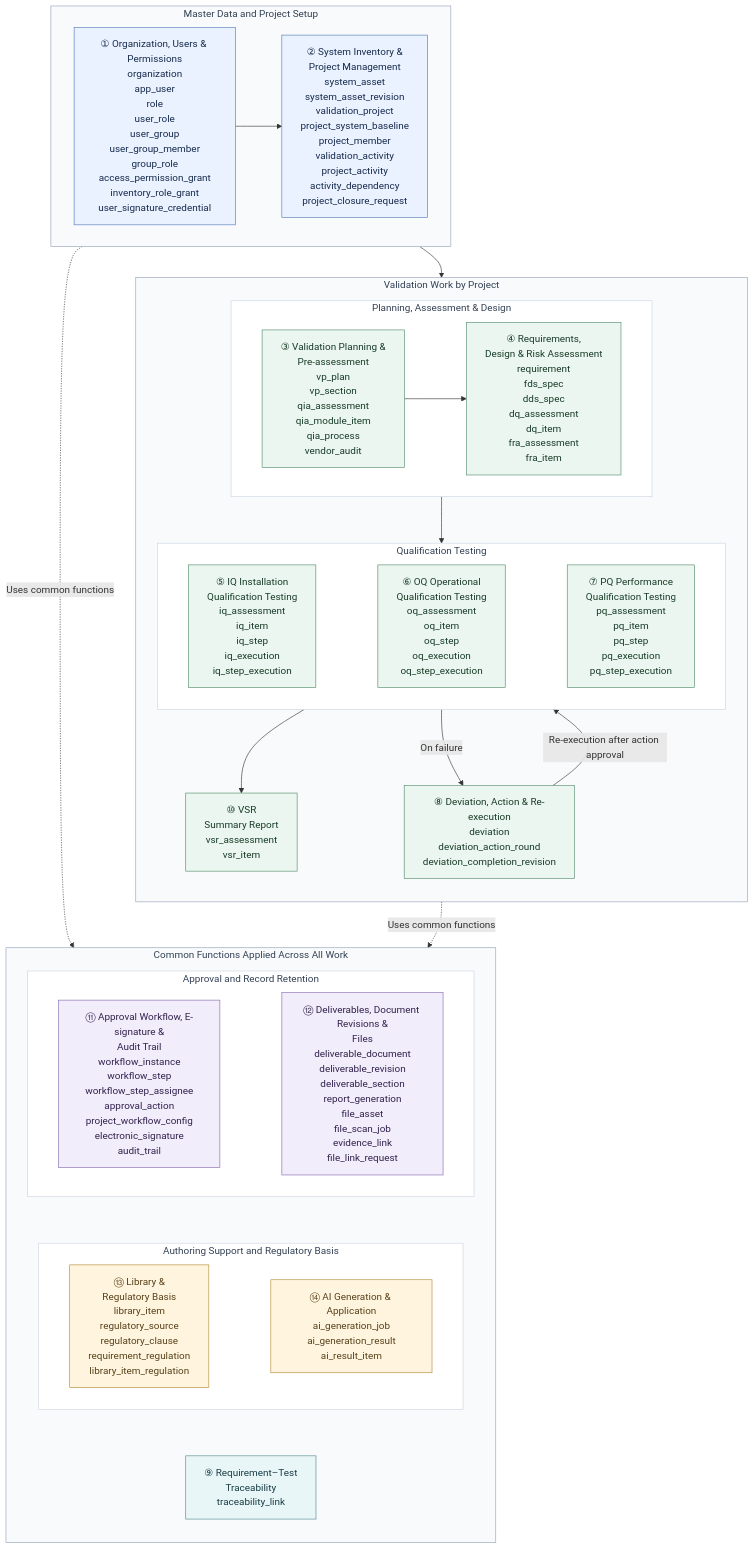
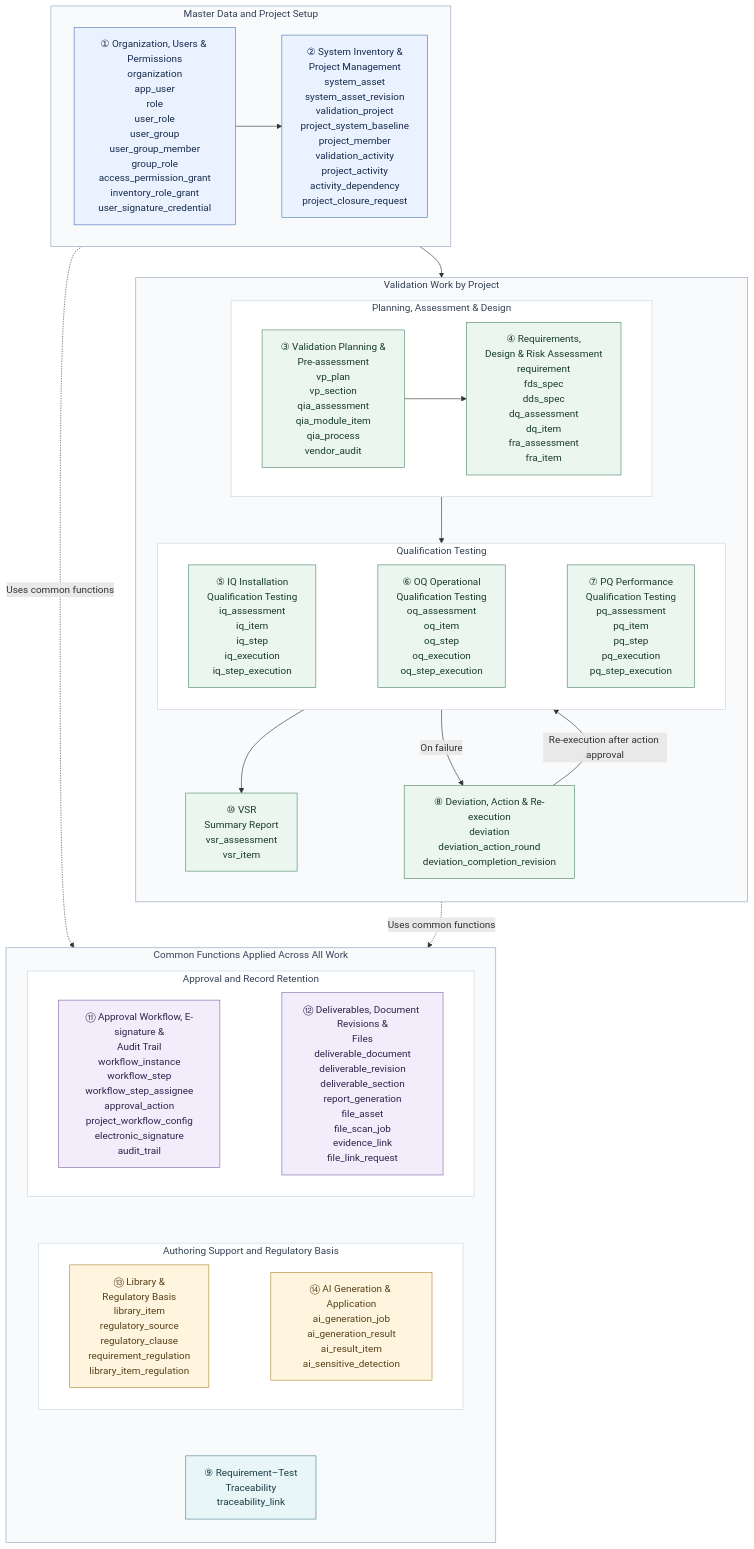
One commit to kmh52826-collab/Enterprise-Knowledge-Base-Design changed the diagram in docs/erd-overview.md. Above: the diagram before and after it, drawn with Mermaid. The commit also changed other lines of this file, not shown here.

```diff
--- a/docs/erd-overview.md
+++ b/docs/erd-overview.md
@@ -130,7 +130,8 @@
             AI["⑭ AI Generation & Application
 ai_generation_job
 ai_generation_result
-ai_result_item"]
+ai_result_item
+ai_sensitive_detection"]
             LIBRARY ~~~ AI
         end
 
```
